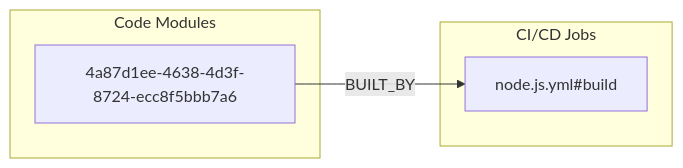
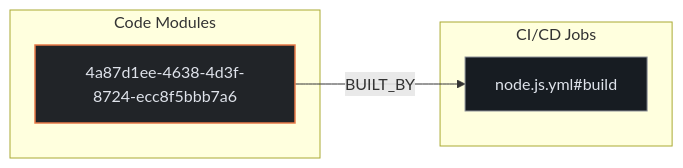
One commit to kumarshaz/atruss-code-atlas changed the second of 3 diagrams in exports/latest/reports/zulip-zulip-js-report.md. Above: the diagram before and after it, drawn with Mermaid. The commit also changed other lines of this file and 331 other files, not shown here.

Commit message:
docs,ui,fix: update SDLC docs, reorder CI/CD DAG first, stylize Mermaid, and fix Arc42 pipeline topology

````diff
--- a/exports/latest/reports/zulip-zulip-js-report.md
+++ b/exports/latest/reports/zulip-zulip-js-report.md
@@ -108,10 +115,14 @@
 ```mermaid
 flowchart LR
+    classDef atlasCategory fill:#212428,stroke:#E87A48,stroke-width:1.5px,color:#dfe3eb
+    classDef atlasWorkflow fill:#1b2026,stroke:#a3c9ff,stroke-width:1.5px,color:#dfe3eb
+    classDef atlasJob fill:#171c22,stroke:#8d9199,stroke-width:1px,color:#dfe3eb
+    classDef atlasTarget fill:#005227,stroke:#8bd99b,stroke-width:1.5px,color:#a7f6b6
     subgraph code_modules["Code Modules"]
-        mod_4a87d1ee_4638_4d3f_8724_ecc8f5bbb7a6["4a87d1ee-4638-4d3f-8724-ecc8f5bbb7a6"]
+        mod_4a87d1ee_4638_4d3f_8724_ecc8f5bbb7a6["4a87d1ee-4638-4d3f-8724-ecc8f5bbb7a6"]:::atlasCategory
     end
     subgraph ci_jobs["CI/CD Jobs"]
-        job_node_js_yml_build["node.js.yml#build"]
+        job_node_js_yml_build["node.js.yml#build"]:::atlasJob
     end
     mod_4a87d1ee_4638_4d3f_8724_ecc8f5bbb7a6 -->|BUILT_BY| job_node_js_yml_build
 ```
````
